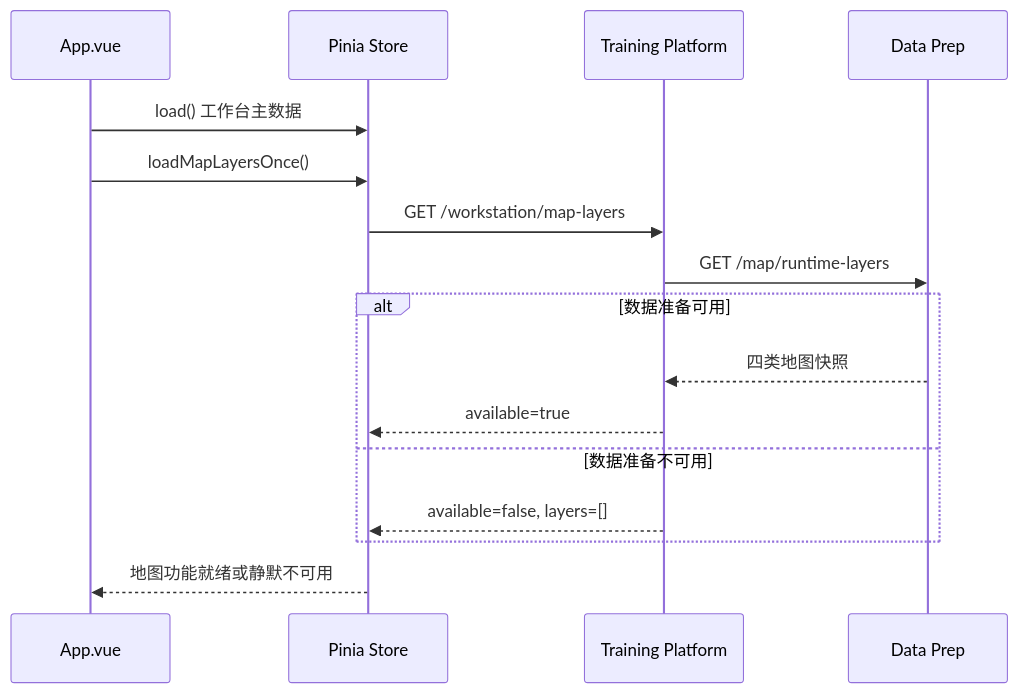
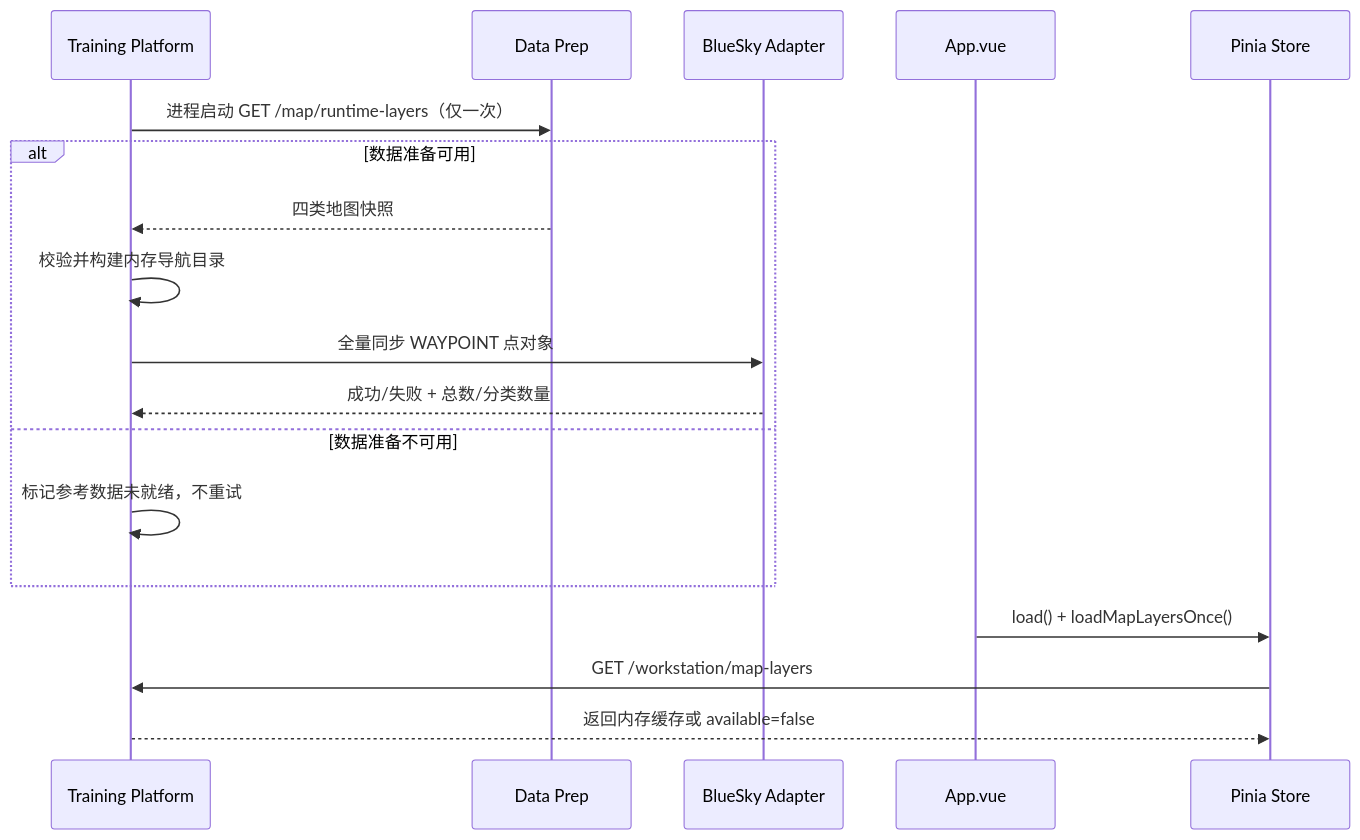
Before and after one commit to Levi-Rem/bluesky: the second of 2 diagrams in bluesky-master/docs/模拟飞行员地图图层与显示设置详细设计.md, drawn with Mermaid. The commit also changed other lines of this file and 58 other files, not shown here.

Commit message:
feat: unify runtime navigation point data source

````diff
--- a/bluesky-master/docs/模拟飞行员地图图层与显示设置详细设计.md
+++ b/bluesky-master/docs/模拟飞行员地图图层与显示设置详细设计.md
@@ -248,19 +255,21 @@
 ```mermaid
 sequenceDiagram
+    participant TP as Training Platform
+    participant DP as Data Prep
+    participant Adapter as BlueSky Adapter
     participant App as App.vue
     participant Store as Pinia Store
-    participant TP as Training Platform
-    participant DP as Data Prep
 
-    App->>Store: load() 工作台主数据
-    App->>Store: loadMapLayersOnce()
-    Store->>TP: GET /workstation/map-layers
-    TP->>DP: GET /map/runtime-layers
+    TP->>DP: 进程启动 GET /map/runtime-layers（仅一次）
     alt 数据准备可用
         DP-->>TP: 四类地图快照
-        TP-->>Store: available=true
+        TP->>TP: 校验并构建内存导航目录
+        TP->>Adapter: 全量同步 WAYPOINT 点对象
+        Adapter-->>TP: 成功/失败 + 总数/分类数量
     else 数据准备不可用
-        TP-->>Store: available=false, layers=[]
+        TP->>TP: 标记参考数据未就绪，不重试
     end
-    Store-->>App: 地图功能就绪或静默不可用
+    App->>Store: load() + loadMapLayersOnce()
+    Store->>TP: GET /workstation/map-layers
+    TP-->>Store: 返回内存缓存或 available=false
 ```
````
